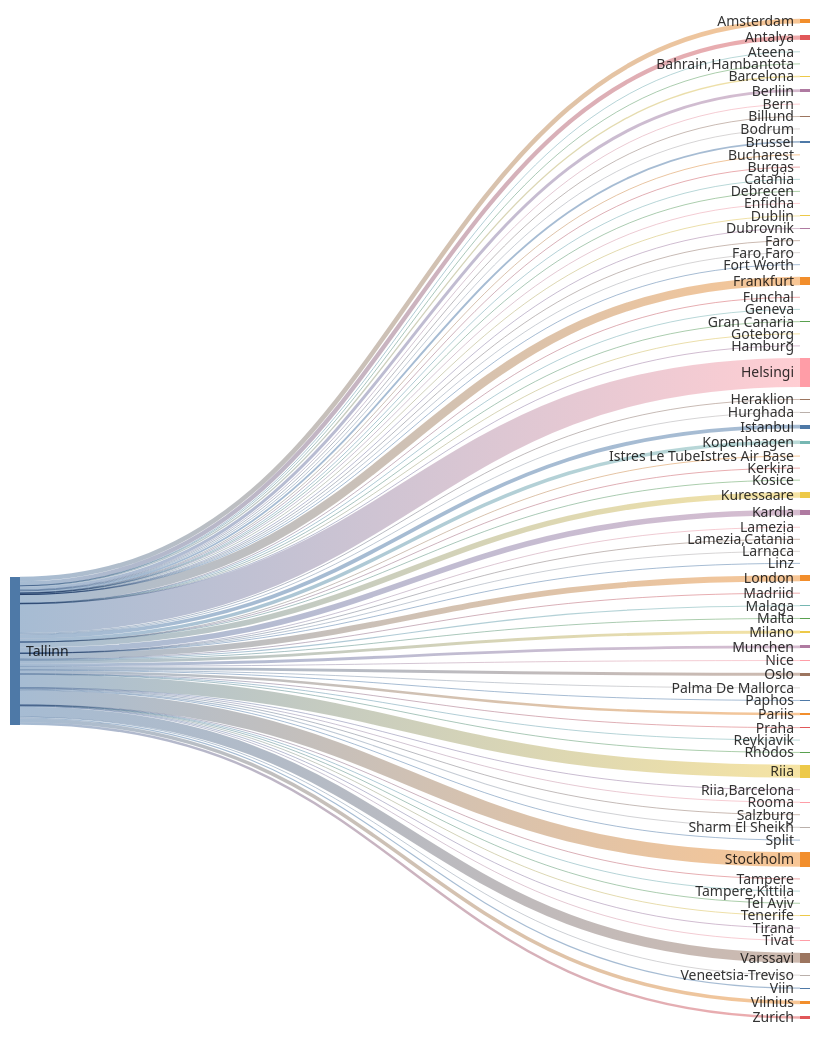
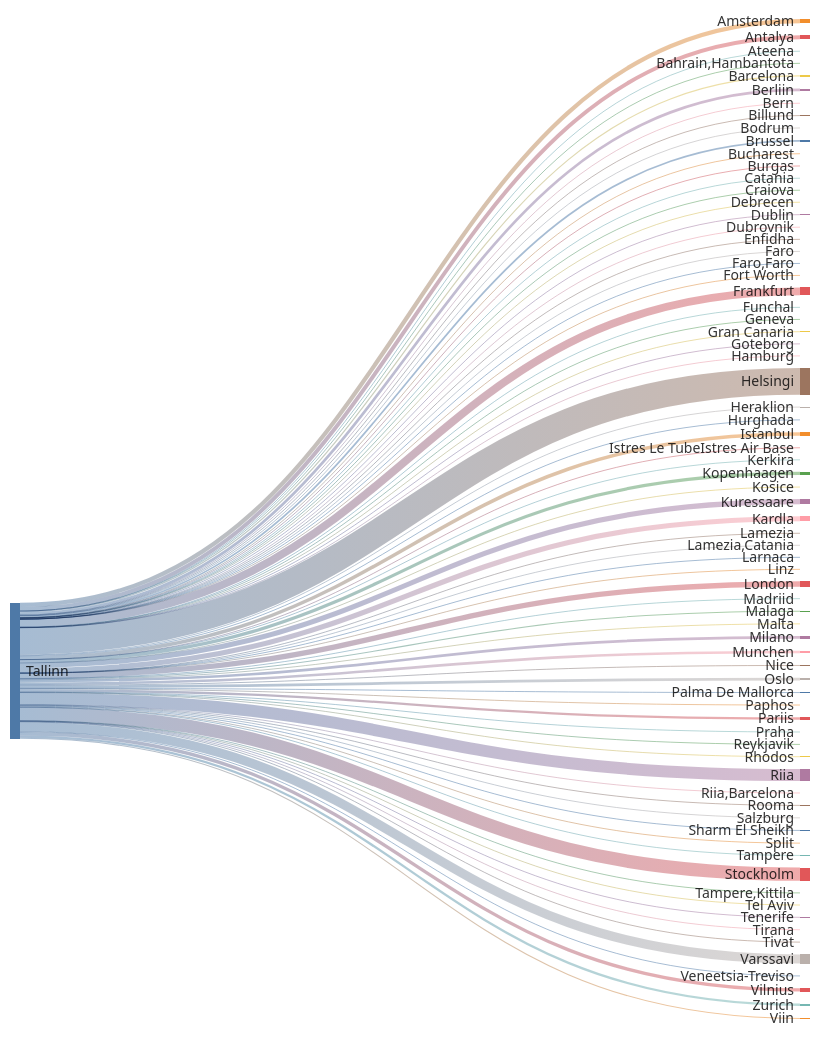
One commit to rainermesi/tll-airport-departures changed the second of 2 diagrams in README.md. Above: the diagram before and after it, drawn with Mermaid. The commit also changed other lines of this file and 1 other file, not shown here.

````diff
--- a/README.md
+++ b/README.md
@@ -41,19 +41,20 @@
 ---
 sankey-beta
 %% source,target,value
-Tallinn,Amsterdam,417
-Tallinn,Antalya,390
+Tallinn,Amsterdam,419
+Tallinn,Antalya,392
 Tallinn,Ateena,16
 Tallinn,"Bahrain,Hambantota",1
 Tallinn,Barcelona,117
-Tallinn,Berliin,268
+Tallinn,Berliin,270
 Tallinn,Bern,1
 Tallinn,Billund,68
 Tallinn,Bodrum,11
 Tallinn,Brussel,169
 Tallinn,Bucharest,1
-Tallinn,Burgas,44
+Tallinn,Burgas,45
 Tallinn,Catania,2
+Tallinn,Craiova,1
 Tallinn,Debrecen,1
 Tallinn,Dublin,85
 Tallinn,Dubrovnik,21
@@ -61,58 +62,58 @@
 Tallinn,Faro,4
 Tallinn,"Faro,Faro",1
 Tallinn,Fort Worth,1
-Tallinn,Frankfurt,780
+Tallinn,Frankfurt,783
 Tallinn,Funchal,5
 Tallinn,Geneva,13
 Tallinn,Gran Canaria,38
 Tallinn,Goteborg,1
 Tallinn,Hamburg,2
-Tallinn,Helsingi,2650
-Tallinn,Heraklion,81
+Tallinn,Helsingi,2661
+Tallinn,Heraklion,82
 Tallinn,Hurghada,75
-Tallinn,Istanbul,348
+Tallinn,Istanbul,349
 Tallinn,Istres Le TubeIstres Air Base,2
 Tallinn,Kerkira,4
-Tallinn,Kopenhaagen,319
+Tallinn,Kopenhaagen,320
 Tallinn,Kosice,1
-Tallinn,Kuressaare,505
-Tallinn,Kardla,505
+Tallinn,Kuressaare,507
+Tallinn,Kardla,507
 Tallinn,Lamezia,1
 Tallinn,"Lamezia,Catania",3
 Tallinn,Larnaca,4
 Tallinn,Linz,2
-Tallinn,London,526
+Tallinn,London,527
 Tallinn,Madriid,1
 Tallinn,Malaga,105
 Tallinn,Malta,24
-Tallinn,Milano,262
-Tallinn,Munchen,258
-Tallinn,Nice,42
-Tallinn,Oslo,271
+Tallinn,Milano,263
+Tallinn,Munchen,260
+Tallinn,Nice,43
+Tallinn,Oslo,272
 Tallinn,Palma De Mallorca,28
 Tallinn,Paphos,66
-Tallinn,Pariis,224
+Tallinn,Pariis,225
 Tallinn,Praha,72
-Tallinn,Reykjavik,10
+Tallinn,Reykjavik,11
 Tallinn,Rhodos,50
-Tallinn,Riia,1189
+Tallinn,Riia,1193
 Tallinn,"Riia,Barcelona",1
 Tallinn,Rooma,80
 Tallinn,Salzburg,14
-Tallinn,Sharm El Sheikh,98
+Tallinn,Sharm El Sheikh,99
 Tallinn,Split,43
-Tallinn,Stockholm,1316
+Tallinn,Stockholm,1319
 Tallinn,Tampere,17
 Tallinn,"Tampere,Kittila",21
 Tallinn,Tel Aviv,2
 Tallinn,Tenerife,58
 Tallinn,Tirana,24
 Tallinn,Tivat,52
-Tallinn,Varssavi,913
+Tallinn,Varssavi,916
 Tallinn,Veneetsia-Treviso,67
 Tallinn,Viin,106
-Tallinn,Vilnius,327
-Tallinn,Zurich,230
+Tallinn,Vilnius,329
+Tallinn,Zurich,231
 
 
 ```
````
